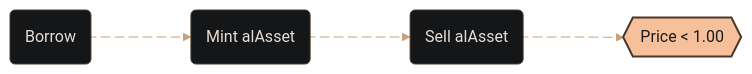
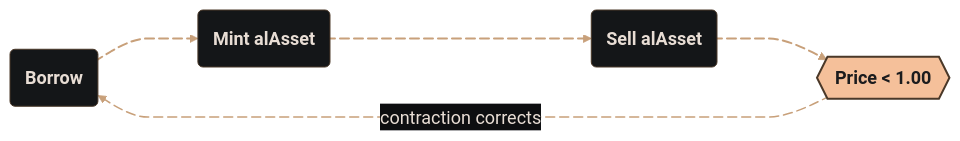
One commit to alchemix-finance/alchemix-v3-docs changed the first of 2 diagrams in docs/user/concepts/how-peg-is-maintained.md. Above: the diagram before and after it, drawn with Mermaid. The commit also changed other lines of this file and 31 other files, not shown here.

````diff
--- a/docs/user/concepts/how-peg-is-maintained.md
+++ b/docs/user/concepts/how-peg-is-maintained.md
@@ -21,21 +21,27 @@
 ```mermaid
 %%{init: {
   'theme': 'base',
   'themeVariables': {
     'fontFamily': 'Montserrat',
     'primaryColor': '#141618',
     'primaryBorderColor': '#4a3828',
     'primaryTextColor': '#e8ddd4',
     'lineColor': '#c8a07a',
     'edgeLabelBackground': '#0d0e10',
-    'tertiaryColor': '#141618'
+    'tertiaryColor': '#141618',
+    'fontSize': '18px'
   },
   'flowchart': { 'curve': 'monotoneX', 'nodeSpacing': 80, 'rankSpacing': 100 }
 }}%%
 flowchart LR
+    classDef default font-weight:bold;
     A(Borrow) e1@--> B(Mint alAsset) e2@--> C(Sell alAsset) e3@--> D{{Price < 1.00}}
+    D e4@-.->|contraction corrects| A
     style D fill:#f5c09a,stroke:#4a3828,stroke-width:2px,color:#1b1b1d
+    linkStyle 0,1,2 stroke:#c8a07a,stroke-width:2px
+    linkStyle 3 stroke:#c8a07a,stroke-width:1.5px,stroke-dasharray:6
     e1@{ animation: slow }
     e2@{ animation: slow }
     e3@{ animation: fast }
+    e4@{ animation: slow }
 ```
````
